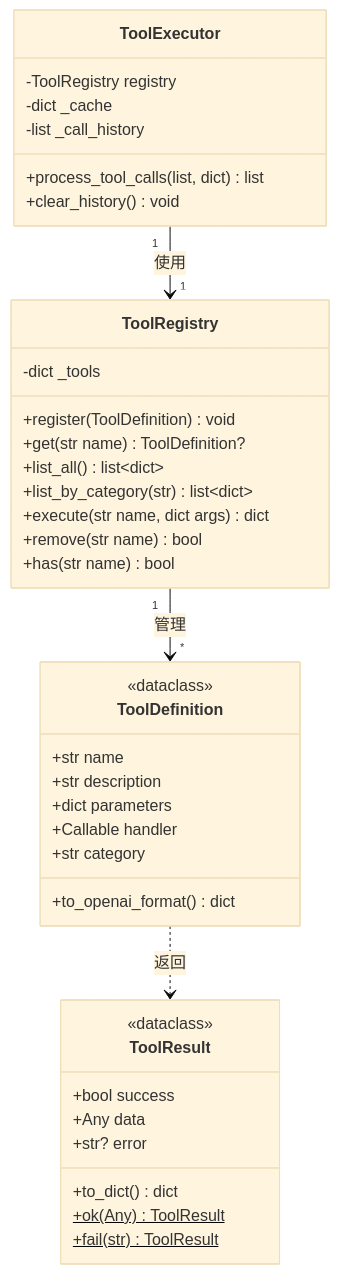
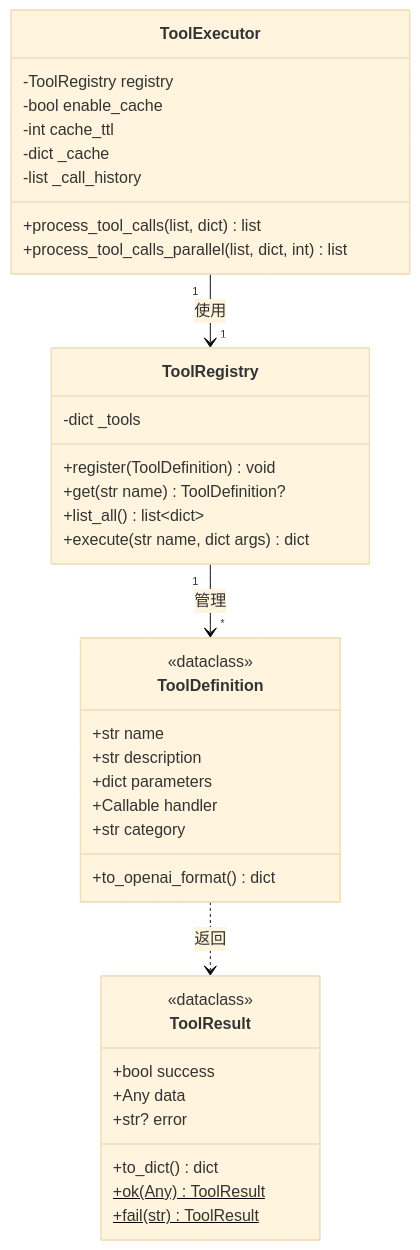
One commit to ViperEkura/nanoClaw changed the fourth of 6 diagrams in docs/Design.md. Above: the diagram before and after it, drawn with Mermaid (base theme). The commit also changed other lines of this file and 7 other files, not shown here.

````diff
--- a/docs/Design.md
+++ b/docs/Design.md
@@ -279,47 +279,46 @@
 ```mermaid
 classDiagram
     direction TB
 
     class ToolDefinition {
         <<dataclass>>
         +str name
         +str description
         +dict parameters
         +Callable handler
         +str category
         +to_openai_format() dict
     }
 
     class ToolRegistry {
         -dict _tools
         +register(ToolDefinition) void
         +get(str name) ToolDefinition?
         +list_all() list~dict~
-        +list_by_category(str) list~dict~
         +execute(str name, dict args) dict
-        +remove(str name) bool
-        +has(str name) bool
     }
 
     class ToolExecutor {
         -ToolRegistry registry
+        -bool enable_cache
+        -int cache_ttl
         -dict _cache
         -list _call_history
         +process_tool_calls(list, dict) list
-        +clear_history() void
+        +process_tool_calls_parallel(list, dict, int) list
     }
 
     class ToolResult {
         <<dataclass>>
         +bool success
         +Any data
         +str? error
         +to_dict() dict
         +ok(Any)$ ToolResult
         +fail(str)$ ToolResult
     }
 
     ToolRegistry "1" --> "*" ToolDefinition : 管理
     ToolExecutor "1" --> "1" ToolRegistry : 使用
     ToolDefinition ..> ToolResult : 返回
 ```
````
